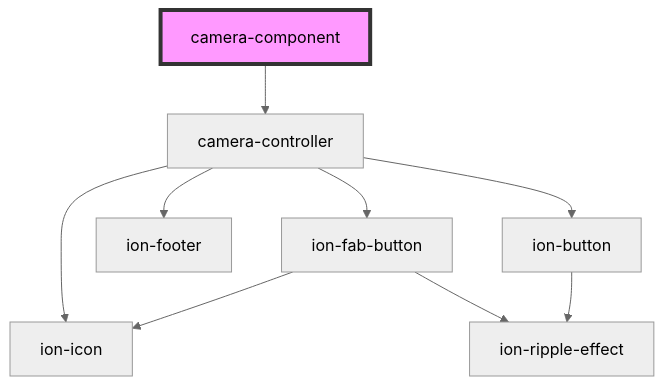
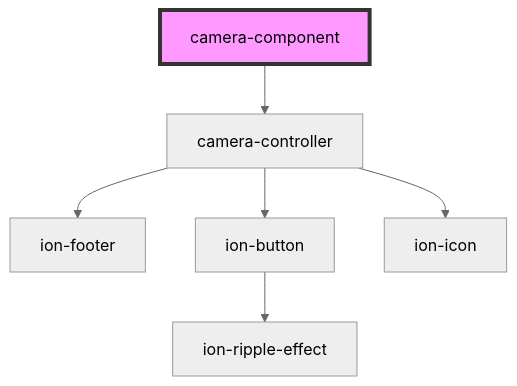
One commit to appfeel/camera-component changed the diagram in src/components/camera-component/readme.md. Above: the diagram before and after it, drawn with Mermaid (neutral theme). The commit also changed 5 other files, not shown here.

````diff
--- a/src/components/camera-component/readme.md
+++ b/src/components/camera-component/readme.md
@@ -57,12 +57,9 @@
 ```mermaid
 graph TD;
   camera-component --> camera-controller
-  camera-controller --> ion-fab-button
-  camera-controller --> ion-icon
   camera-controller --> ion-footer
   camera-controller --> ion-button
-  ion-fab-button --> ion-icon
-  ion-fab-button --> ion-ripple-effect
+  camera-controller --> ion-icon
   ion-button --> ion-ripple-effect
   style camera-component fill:#f9f,stroke:#333,stroke-width:4px
 ```
````
